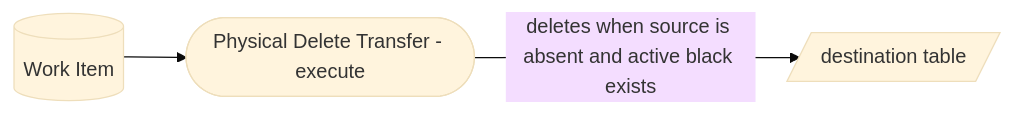
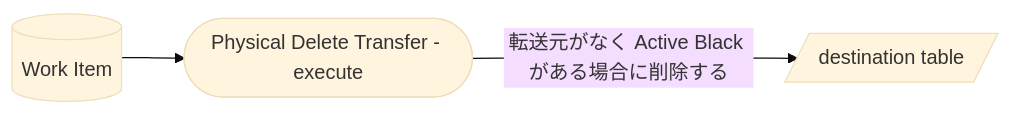
The seventh of 9 diagrams in packages/transfer/docs/processes/transfer-execution-process.md (mk3008/rawsql-ts), drawn with Mermaid (base theme) before and after one commit. The commit also changed other lines of this file and 70 other files, not shown here.

````diff
--- a/packages/transfer/docs/processes/transfer-execution-process.md
+++ b/packages/transfer/docs/processes/transfer-execution-process.md
@@ -140,9 +122,9 @@
 ```mermaid
 flowchart LR
   WorkItem[("Work Item")]
   PhysicalDeleteTransfer(["Physical Delete Transfer - execute"])
   DestinationTable[/"destination table"/]
 
   WorkItem --> PhysicalDeleteTransfer
-  PhysicalDeleteTransfer -->|"deletes when source is absent and active black exists"| DestinationTable
+  PhysicalDeleteTransfer -->|"転送元がなく Active Black がある場合に削除する"| DestinationTable
 ```
````
